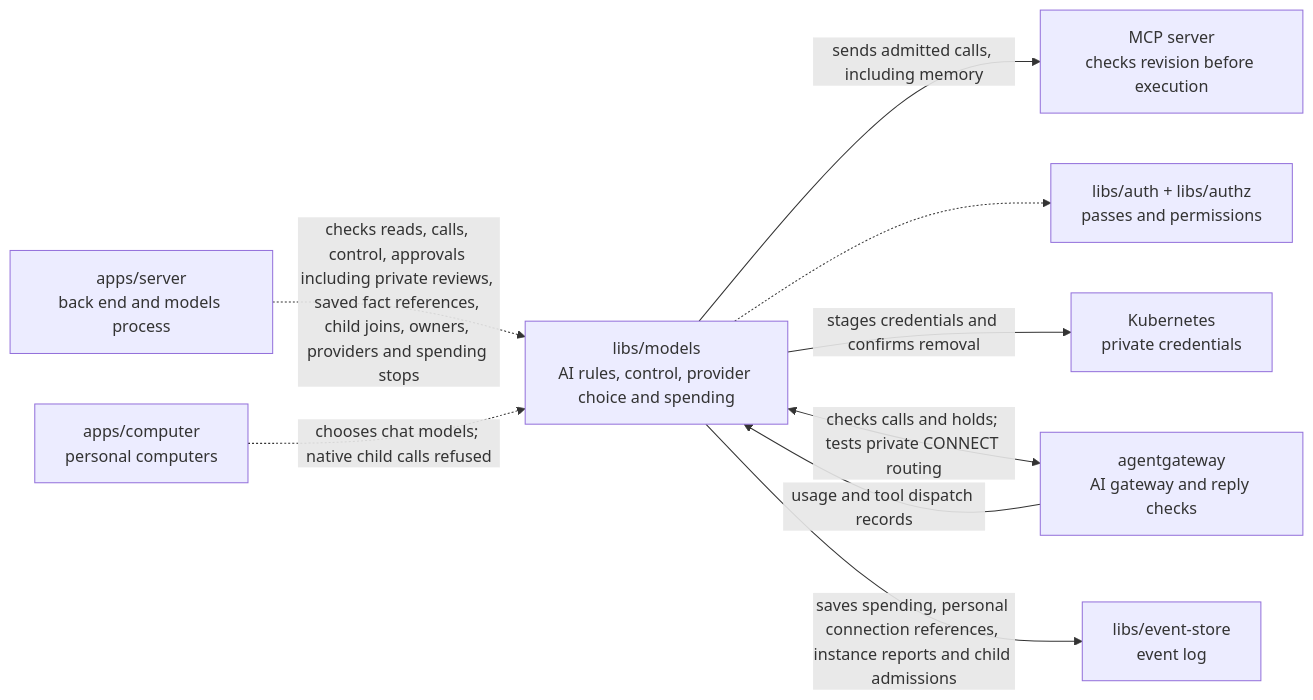
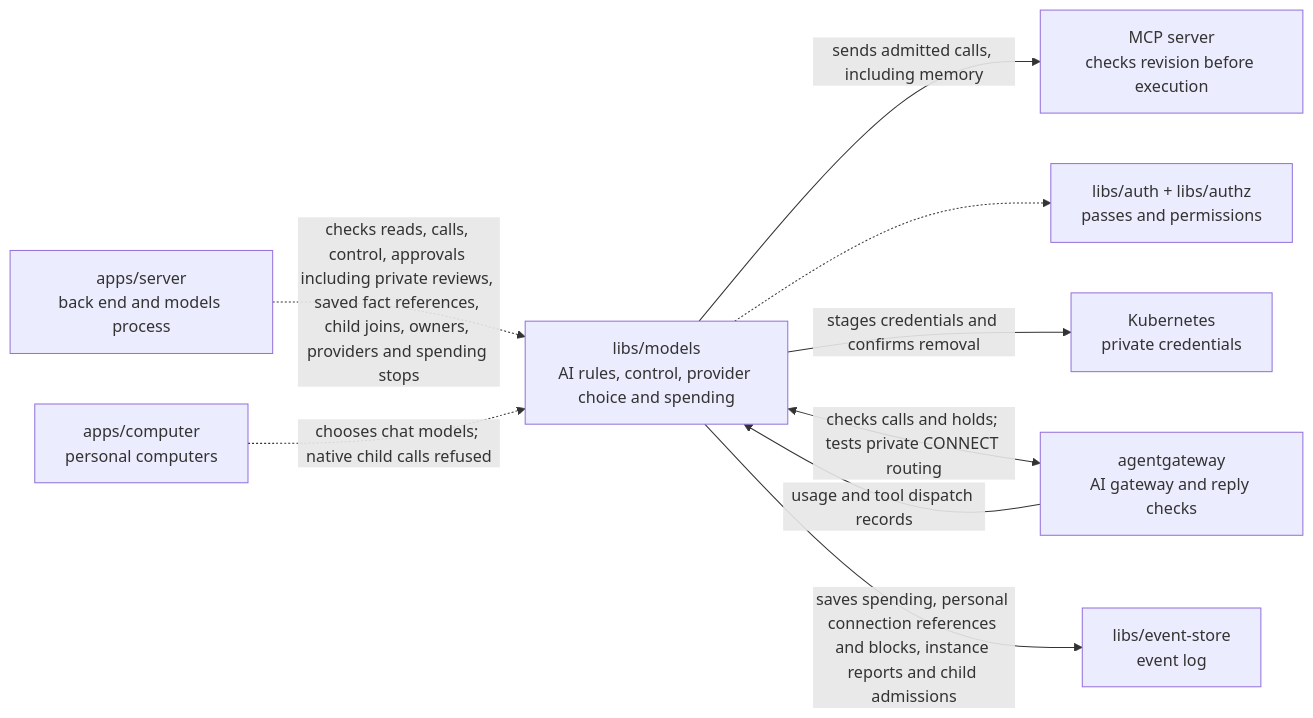
One commit to elewa-git/opencrane-new changed the diagram in libs/models/README.md. Above: the diagram before and after it, drawn with Mermaid. The commit also changed other lines of this file and 9 other files, not shown here.

Commit message:
🔒 Add owner revocation and persistent admin blocks for personal profiles

````diff
--- a/libs/models/README.md
+++ b/libs/models/README.md
@@ -14,11 +14,11 @@
 ```mermaid
 flowchart LR
   server["apps/server<br/>back end and models process"] -.->|checks reads, calls, control, approvals including private reviews, saved fact references, child joins, owners, providers and spending stops| models["libs/models<br/>AI rules, control, provider choice and spending"]
   models -->|sends admitted calls, including memory| mcp["MCP server<br/>checks revision before execution"]
   computer["apps/computer<br/>personal computers"] -.->|chooses chat models; native child calls refused| models
   models -.-> auth["libs/auth + libs/authz<br/>passes and permissions"]
   models -->|stages credentials and confirms removal| custody["Kubernetes<br/>private credentials"]
   models <-->|checks calls and holds; tests private CONNECT routing| gateway["agentgateway<br/>AI gateway and reply checks"]
   gateway -->|usage and tool dispatch records| models
-  models -->|saves spending, personal connection references, instance reports and child admissions| store["libs/event-store<br/>event log"]
+  models -->|saves spending, personal connection references and blocks, instance reports and child admissions| store["libs/event-store<br/>event log"]
 ```
````
